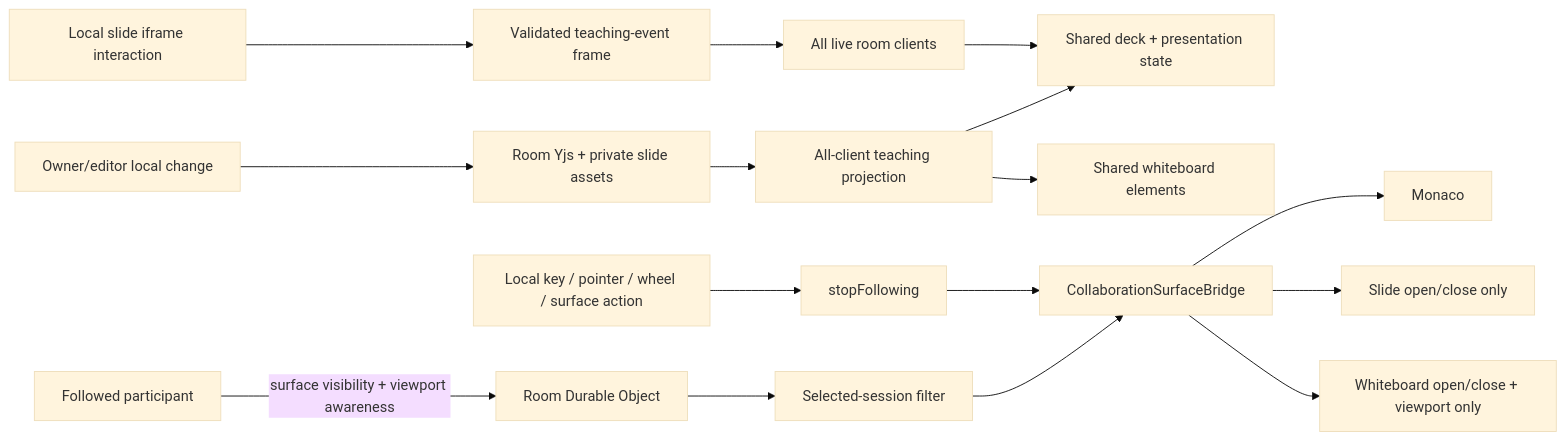
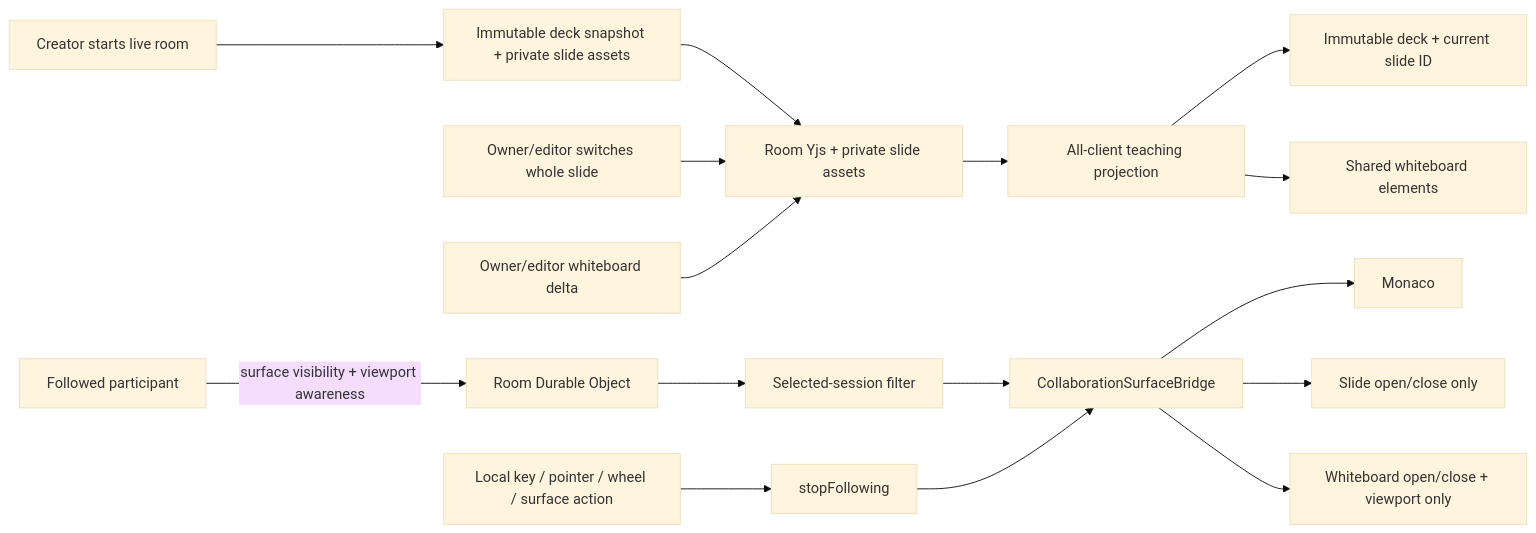
One commit to channyeintun/next-editor changed the diagram in docs/collaborator-following-plan.md. Above: the diagram before and after it, drawn with Mermaid (base theme). The commit also changed other lines of this file, not shown here.

Commit message:
docs(collaboration): limit live slides to presentation mode

````diff
--- a/docs/collaborator-following-plan.md
+++ b/docs/collaborator-following-plan.md
@@ -712,21 +701,20 @@
 ```mermaid
 flowchart LR
-    LocalWrite[Owner/editor local change] --> Durable[Room Yjs + private slide assets]
+    RoomStart[Creator starts live room] --> Snapshot[Immutable deck snapshot + private slide assets]
+    Snapshot --> Durable[Room Yjs + private slide assets]
+    SlideSwitch[Owner/editor switches whole slide] --> Durable
+    WhiteboardWrite[Owner/editor whiteboard delta] --> Durable
     Durable --> Projection[All-client teaching projection]
-    Projection --> Slides[Shared deck + presentation state]
+    Projection --> Slides[Immutable deck + current slide ID]
     Projection --> Whiteboard[Shared whiteboard elements]
-
-    SlideGesture[Local slide iframe interaction] --> Event[Validated teaching-event frame]
-    Event --> AllLive[All live room clients]
-    AllLive --> Slides
 
     Target[Followed participant] -->|surface visibility + viewport awareness| Room[Room Durable Object]
     Room --> Follow[Selected-session filter]
     Follow --> Bridge[CollaborationSurfaceBridge]
     Bridge --> Monaco
     Bridge --> SlideVisibility[Slide open/close only]
     Bridge --> WhiteboardView[Whiteboard open/close + viewport only]
 
     LocalInput[Local key / pointer / wheel / surface action] --> Stop[stopFollowing]
     Stop --> Bridge
 ```
````
